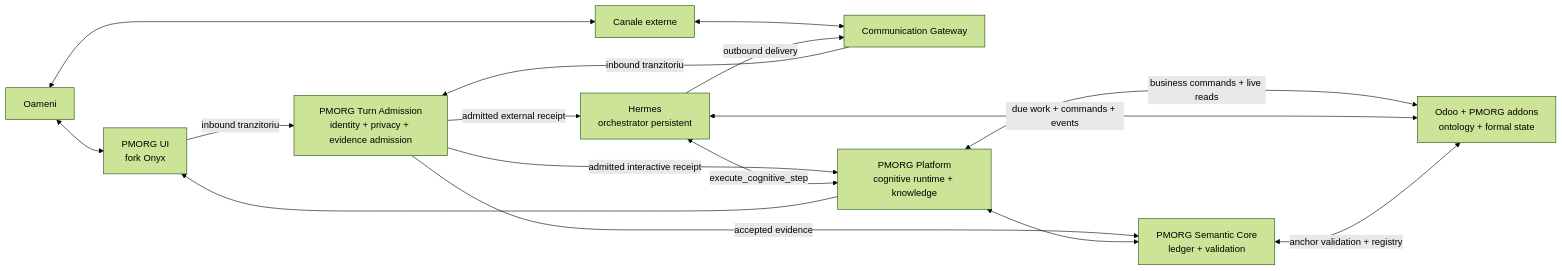
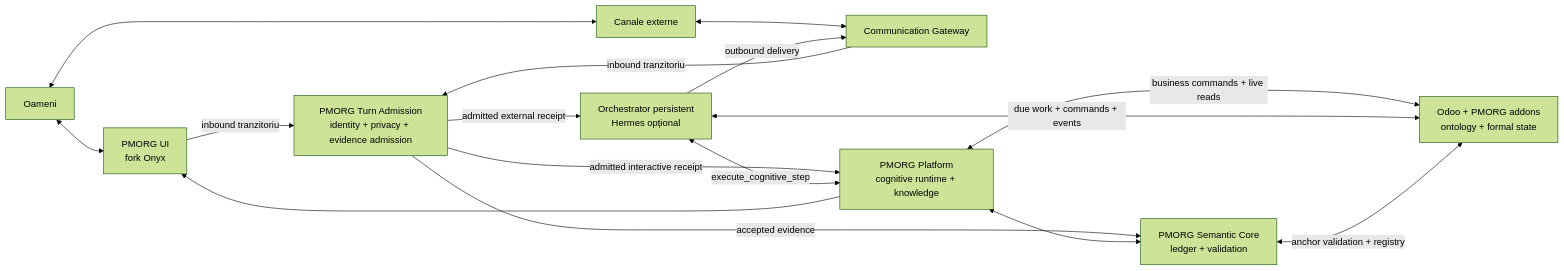
Before and after one commit to bmvv1995/PMORG: the diagram in docs/pmorg-v3/01-ARCHITECTURE.md, drawn with Mermaid (forest theme). The commit also changed other lines of this file and 19 other files, not shown here.

````diff
--- a/docs/pmorg-v3/01-ARCHITECTURE.md
+++ b/docs/pmorg-v3/01-ARCHITECTURE.md
@@ -32,28 +36,28 @@
 ```mermaid
 flowchart LR
     U["Oameni"]
     UI["PMORG UI<br/>fork Onyx"]
     CH["Canale externe"]
     G["Communication Gateway"]
     A["PMORG Turn Admission<br/>identity + privacy + evidence admission"]
-    H["Hermes<br/>orchestrator persistent"]
+    H["Orchestrator persistent<br/>Hermes opțional"]
     P["PMORG Platform<br/>cognitive runtime + knowledge"]
     S["PMORG Semantic Core<br/>ledger + validation"]
     O["Odoo + PMORG addons<br/>ontology + formal state"]
 
     U <--> UI
     U <--> CH
     CH <--> G
     G -->|"inbound tranzitoriu"| A
     UI -->|"inbound tranzitoriu"| A
     A -->|"admitted external receipt"| H
     A -->|"admitted interactive receipt"| P
     A -->|"accepted evidence"| S
     H -->|"outbound delivery"| G
     P --> UI
     H <-->|"execute_cognitive_step"| P
     P <--> S
     P <-->|"business commands + live reads"| O
     H <-->|"due work + commands + events"| O
     S <-->|"anchor validation + registry"| O
 ```
````
